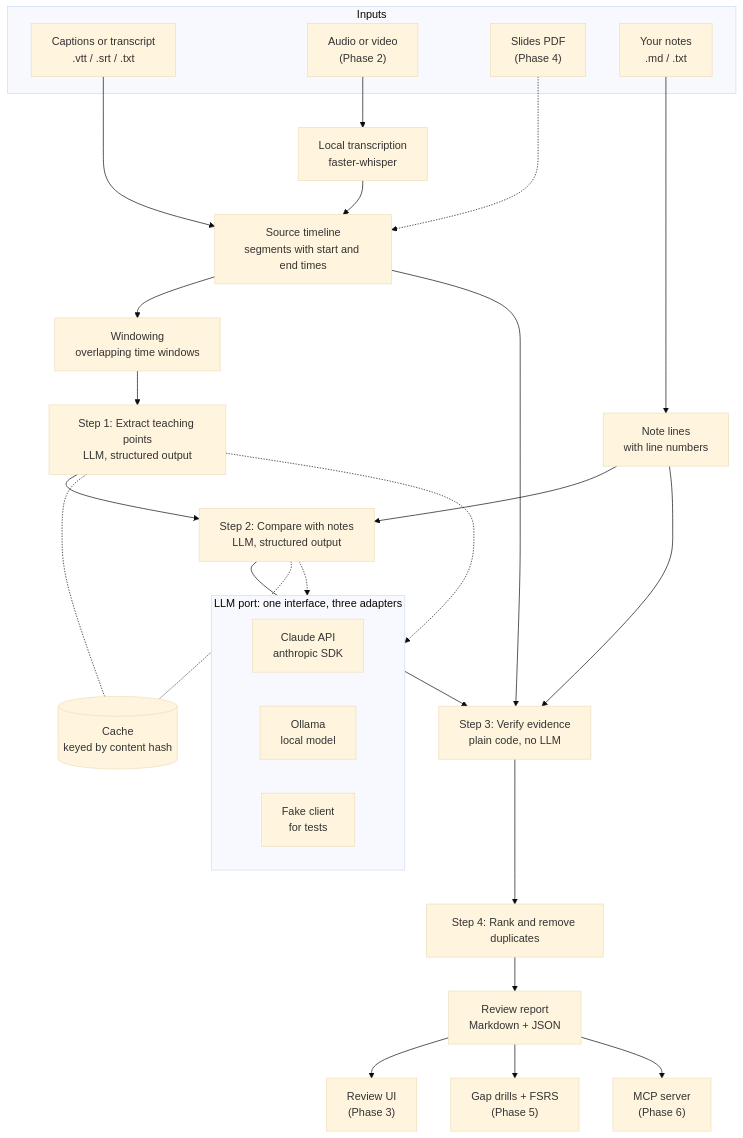
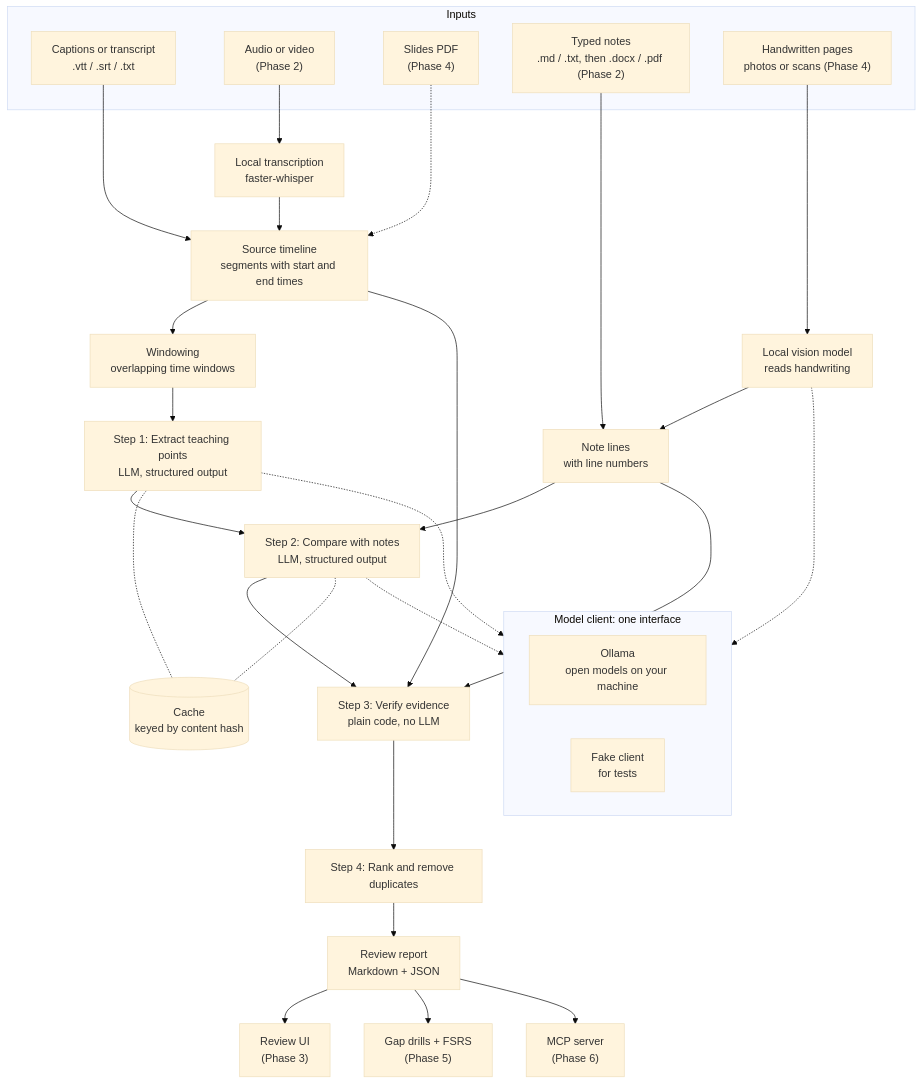
The first of 2 diagrams in docs/CONCEPT.md (Lingesh-S/NoteNinja-AI), drawn with Mermaid (base theme) before and after one commit. The commit also changed other lines of this file, not shown here.

Commit message:
revise concept for local open models

````diff
--- a/docs/CONCEPT.md
+++ b/docs/CONCEPT.md
@@ -156,40 +162,43 @@
 ```mermaid
 flowchart TD
     subgraph IN["Inputs"]
         CAP["Captions or transcript<br/>.vtt / .srt / .txt"]
         MED["Audio or video<br/>(Phase 2)"]
         SLD["Slides PDF<br/>(Phase 4)"]
-        NOTES["Your notes<br/>.md / .txt"]
+        NOTES["Typed notes<br/>.md / .txt, then .docx / .pdf (Phase 2)"]
+        HAND["Handwritten pages<br/>photos or scans (Phase 4)"]
     end
 
     MED --> ASR["Local transcription<br/>faster-whisper"]
     ASR --> TL
     CAP --> TL["Source timeline<br/>segments with start and end times"]
     SLD -.-> TL
     NOTES --> NL["Note lines<br/>with line numbers"]
+    HAND --> VIS["Local vision model<br/>reads handwriting"]
+    VIS --> NL
 
     TL --> WIN["Windowing<br/>overlapping time windows"]
     WIN --> EXT["Step 1: Extract teaching points<br/>LLM, structured output"]
     EXT --> CMP["Step 2: Compare with notes<br/>LLM, structured output"]
     NL --> CMP
     CMP --> VER["Step 3: Verify evidence<br/>plain code, no LLM"]
     TL --> VER
     NL --> VER
     VER --> RANK["Step 4: Rank and remove duplicates"]
     RANK --> OUT["Review report<br/>Markdown + JSON"]
     OUT --> UI["Review UI<br/>(Phase 3)"]
     OUT --> DRILL["Gap drills + FSRS<br/>(Phase 5)"]
     OUT --> MCPS["MCP server<br/>(Phase 6)"]
 
     CACHE[("Cache<br/>keyed by content hash")]
     EXT -.- CACHE
     CMP -.- CACHE
 
-    subgraph PORT["LLM port: one interface, three adapters"]
-        AC["Claude API<br/>anthropic SDK"]
-        OC["Ollama<br/>local model"]
+    subgraph PORT["Model client: one interface"]
+        OC["Ollama<br/>open models on your machine"]
         FC["Fake client<br/>for tests"]
     end
     EXT -.-> PORT
     CMP -.-> PORT
+    VIS -.-> PORT
 ```
````
